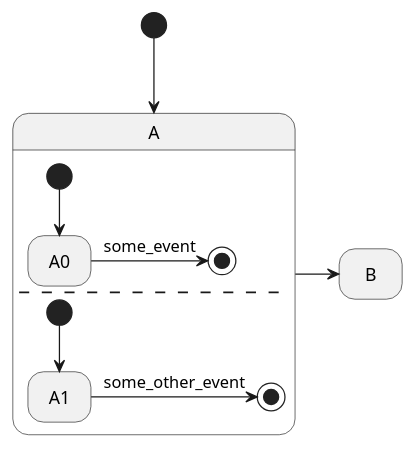
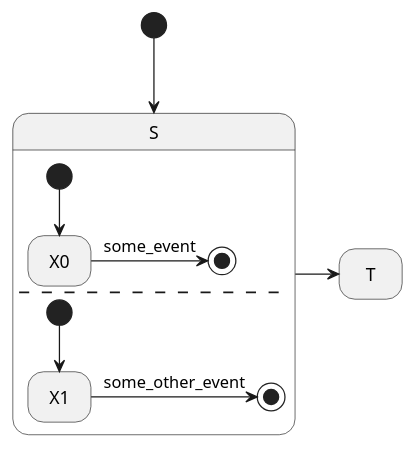
Before and after one commit to fgoujeon/maki: the second of 2 diagrams in doc/concepts/transition/completion-transition.md, drawn with PlantUML. The commit also changed other lines of this file and 4 other files, not shown here.

```diff
--- a/doc/concepts/transition/completion-transition.md
+++ b/doc/concepts/transition/completion-transition.md
@@ -25,14 +25,14 @@
 @startuml{completion_transition_from_composite_state.png}
-[*] --> A
-A -> B
+[*] --> S
+S -> T
 
-state A {
-    [*] --> A0
-    A0 -> [*] : some_event
+state S {
+    [*] --> X0
+    X0 -> [*] : some_event
     --
-    [*] --> A1
-    A1 -> [*] : some_other_event
+    [*] --> X1
+    X1 -> [*] : some_other_event
 }
 
 hide empty description
 @enduml
```
